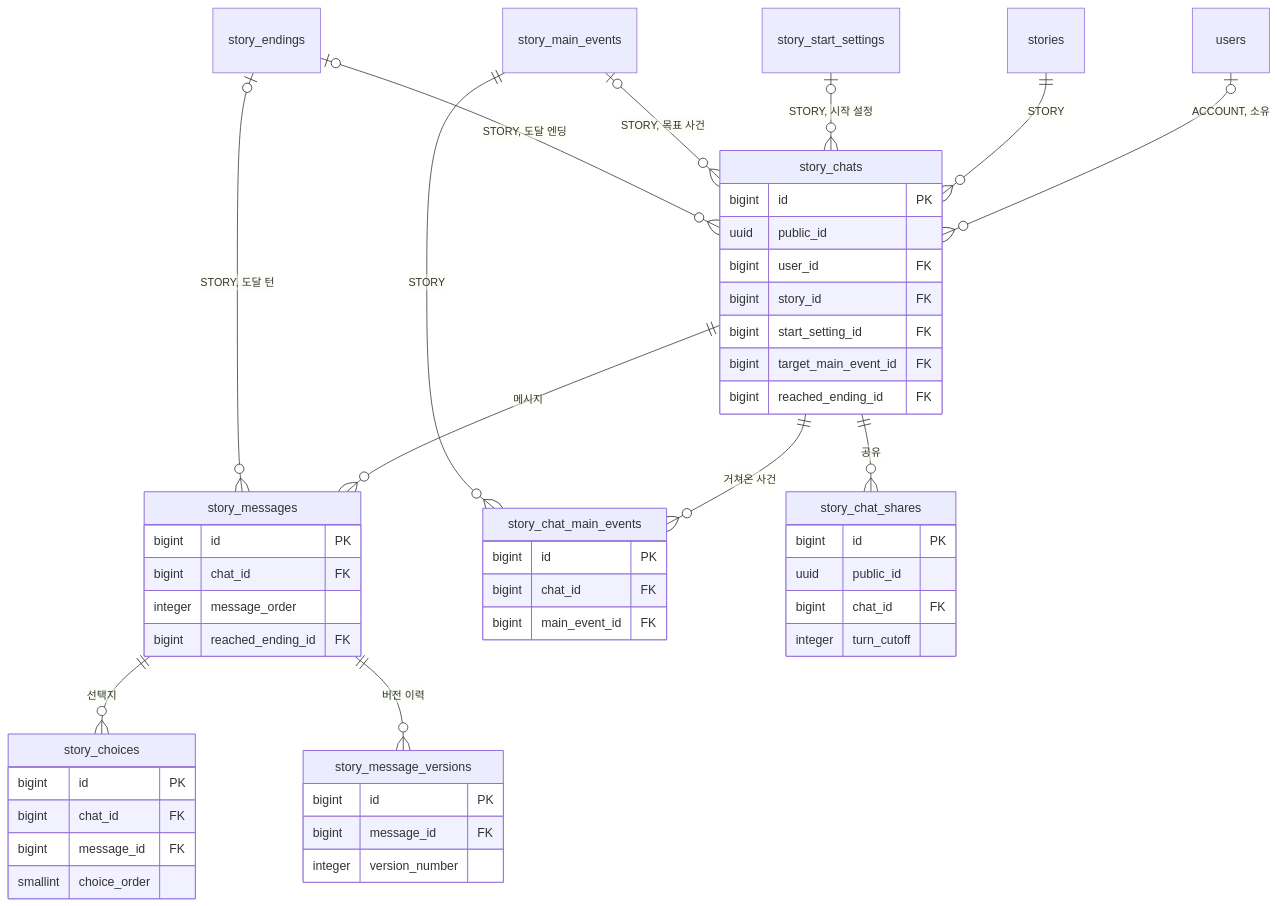
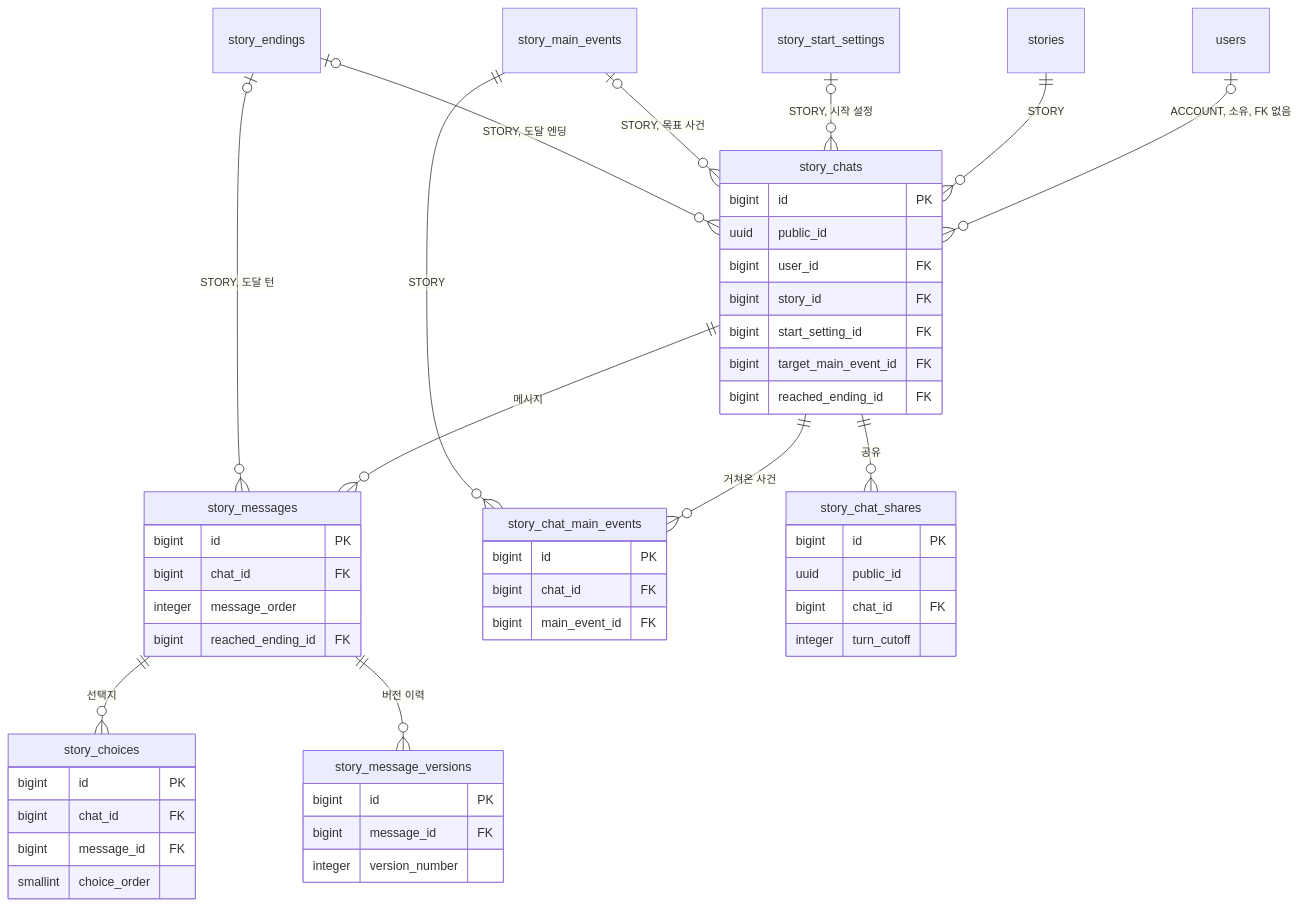
One commit to KIM-N-KANG/knk-harness changed the first of 2 diagrams in docs/domain/CHAT/BACKEND/3-2-DB-SCHEMA.md. Above: the diagram before and after it, drawn with Mermaid. The commit also changed other lines of this file and 10 other files, not shown here.

````diff
--- a/docs/domain/CHAT/BACKEND/3-2-DB-SCHEMA.md
+++ b/docs/domain/CHAT/BACKEND/3-2-DB-SCHEMA.md
@@ -31,52 +31,52 @@
 ```mermaid
 erDiagram
-    users |o--o{ story_chats : "ACCOUNT, 소유"
+    users |o--o{ story_chats : "ACCOUNT, 소유, FK 없음"
     stories ||--o{ story_chats : "STORY"
     story_start_settings |o--o{ story_chats : "STORY, 시작 설정"
     story_chats ||--o{ story_messages : "메시지"
     story_messages ||--o{ story_choices : "선택지"
     story_messages ||--o{ story_message_versions : "버전 이력"
     story_chats ||--o{ story_chat_main_events : "거쳐온 사건"
     story_main_events ||--o{ story_chat_main_events : "STORY"
     story_main_events |o--o{ story_chats : "STORY, 목표 사건"
     story_endings |o--o{ story_chats : "STORY, 도달 엔딩"
     story_endings |o--o{ story_messages : "STORY, 도달 턴"
     story_chats ||--o{ story_chat_shares : "공유"
     story_chats {
         bigint id PK
         uuid public_id
         bigint user_id FK
         bigint story_id FK
         bigint start_setting_id FK
         bigint target_main_event_id FK
         bigint reached_ending_id FK
     }
     story_messages {
         bigint id PK
         bigint chat_id FK
         integer message_order
         bigint reached_ending_id FK
     }
     story_choices {
         bigint id PK
         bigint chat_id FK
         bigint message_id FK
         smallint choice_order
     }
     story_message_versions {
         bigint id PK
         bigint message_id FK
         integer version_number
     }
     story_chat_main_events {
         bigint id PK
         bigint chat_id FK
         bigint main_event_id FK
     }
     story_chat_shares {
         bigint id PK
         uuid public_id
         bigint chat_id FK
         integer turn_cutoff
     }
 ```
````
